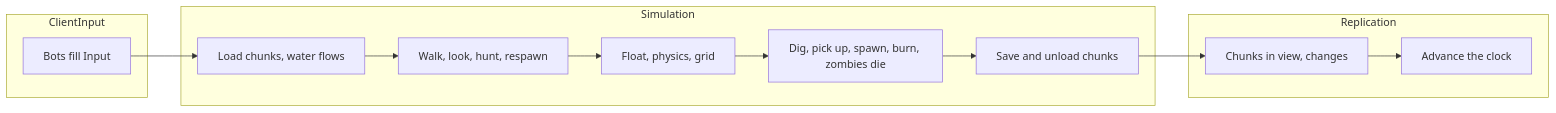
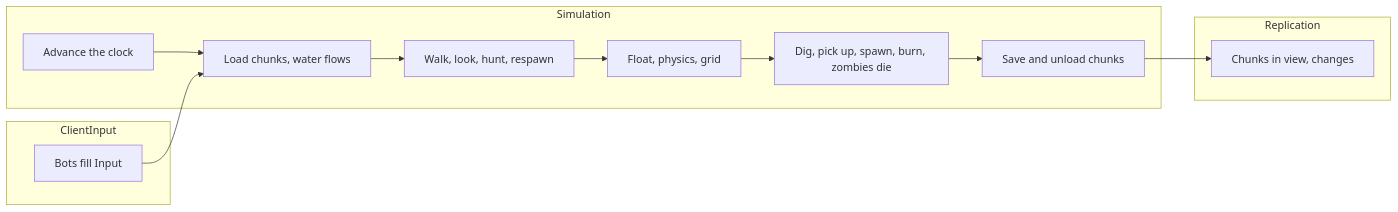
One commit to JasonXuDeveloper/EasyEcs changed the diagram in docs/content/samples/voxel-server.mdx. Above: the diagram before and after it, drawn with Mermaid. The commit also changed other lines of this file and 6 other files, not shown here.

Commit message:
Docs: VoxelServer requests, chunk views, water commit and clock; GameLoop ids

````diff
--- a/docs/content/samples/voxel-server.mdx
+++ b/docs/content/samples/voxel-server.mdx
@@ -64,17 +64,18 @@
 ```mermaid
 flowchart LR
   subgraph ClientInput
     input[Bots fill Input]
   end
   subgraph Simulation
-    world[Load chunks, water flows] --> sight[Walk, look, hunt, respawn]
+    clock[Advance the clock] --> world[Load chunks, water flows]
+    world --> sight[Walk, look, hunt, respawn]
     sight --> move[Float, physics, grid]
     move --> rules[Dig, pick up, spawn, burn, zombies die]
     rules --> unload[Save and unload chunks]
   end
   subgraph Replication
-    send[Chunks in view, changes] --> clock[Advance the clock]
+    send[Chunks in view, changes]
   end
   input --> world
   unload --> send
 ```
````
